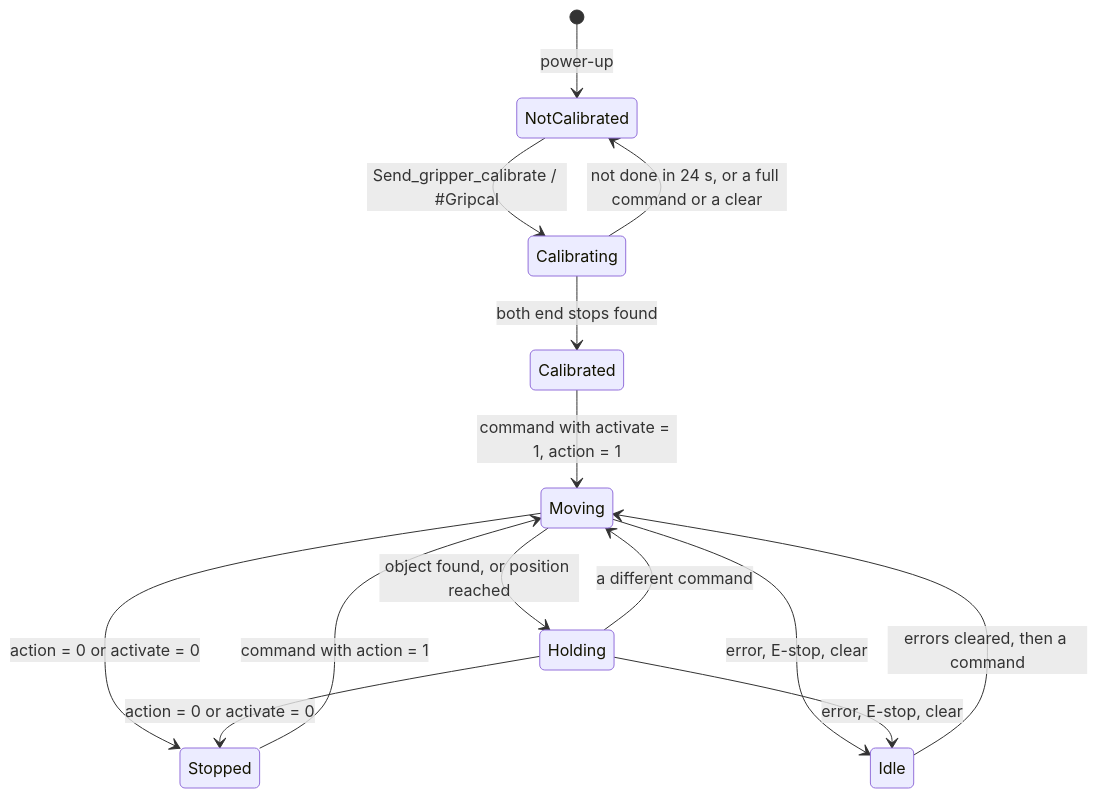
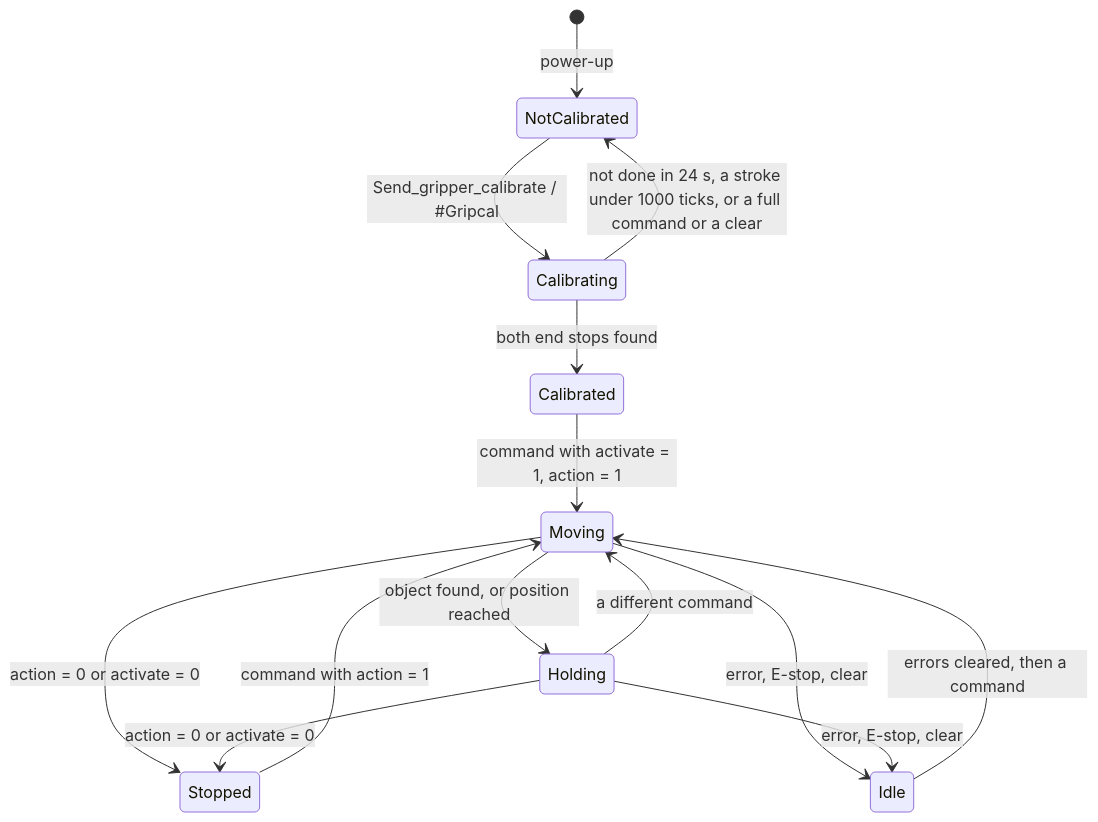
One commit to Source-Robotics/MSG-gripper-docs changed the first of 2 diagrams in docs/06-operation/how-it-works.md. Above: the diagram before and after it, drawn with Mermaid. The commit also changed other lines of this file and 21 other files, not shown here.

````diff
--- a/docs/06-operation/how-it-works.md
+++ b/docs/06-operation/how-it-works.md
@@ -8,16 +8,16 @@
 ```mermaid
 stateDiagram-v2
     [*] --> NotCalibrated: power-up
     NotCalibrated --> Calibrating: Send_gripper_calibrate / #Gripcal
     Calibrating --> Calibrated: both end stops found
-    Calibrating --> NotCalibrated: not done in 24 s, or a full command or a clear
+    Calibrating --> NotCalibrated: not done in 24 s, a stroke under 1000 ticks, or a full command or a clear
     Calibrated --> Moving: command with activate = 1, action = 1
     Moving --> Holding: object found, or position reached
     Holding --> Moving: a different command
     Moving --> Stopped: action = 0 or activate = 0
     Holding --> Stopped: action = 0 or activate = 0
     Stopped --> Moving: command with action = 1
     Moving --> Idle: error, E-stop, clear
     Holding --> Idle: error, E-stop, clear
     Idle --> Moving: errors cleared, then a command
 ```
````
